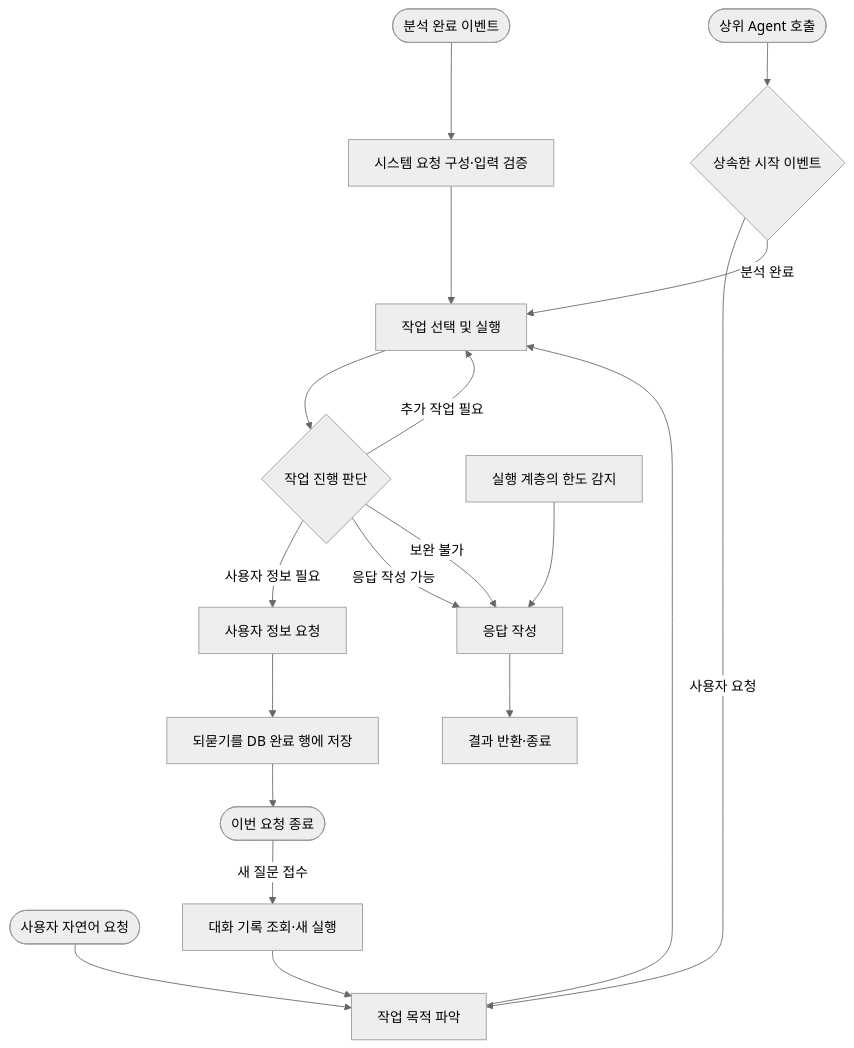
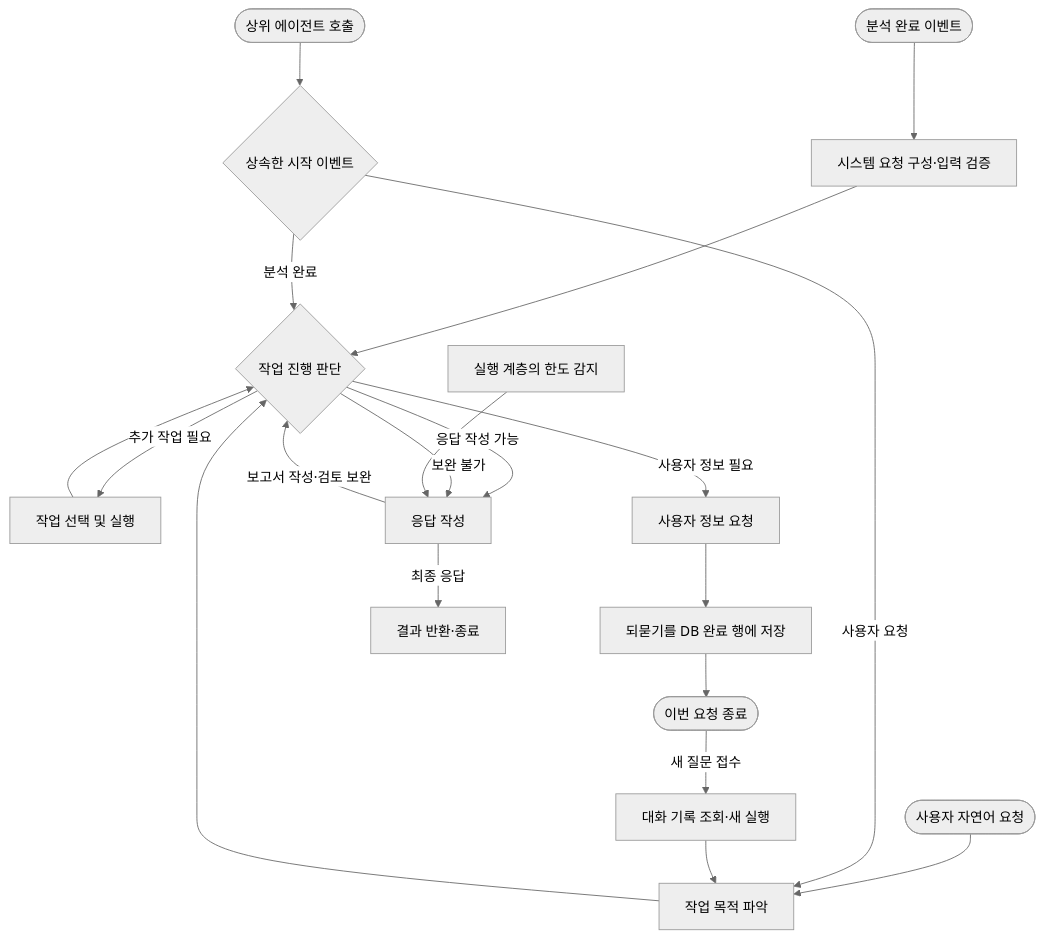
One commit to minjun069/Eumi changed the diagram in ai/docs/ieumi-agent-workflow-design.md. Above: the diagram before and after it, drawn with Mermaid (neutral theme). The commit also changed other lines of this file and 1 other file, not shown here.

````diff
--- a/ai/docs/ieumi-agent-workflow-design.md
+++ b/ai/docs/ieumi-agent-workflow-design.md
@@ -21,21 +23,22 @@
 ```mermaid
 flowchart TD
     S1([분석 완료 이벤트]) --> I[시스템 요청 구성·입력 검증]
-    I --> B[작업 선택 및 실행]
+    I --> C{작업 진행 판단}
     S2([사용자 자연어 요청]) --> A[작업 목적 파악]
-    S3([상위 Agent 호출]) --> E0{상속한 시작 이벤트}
+    S3([상위 에이전트 호출]) --> E0{상속한 시작 이벤트}
     E0 -->|사용자 요청| A
-    E0 -->|분석 완료| B
-    A --> B
-    B --> C{작업 진행 판단}
+    E0 -->|분석 완료| C
+    A --> C
+    B[작업 선택 및 실행] --> C
     C -->|추가 작업 필요| B
     C -->|사용자 정보 필요| D[사용자 정보 요청]
     D --> E[되묻기를 DB 완료 행에 저장]
     E --> W([이번 요청 종료])
     W -->|새 질문 접수| R[대화 기록 조회·새 실행]
     R --> A
     C -->|응답 작성 가능| F[응답 작성]
     C -->|보완 불가| F
     L[실행 계층의 한도 감지] --> F
-    F --> G[결과 반환·종료]
+    F -->|보고서 작성·검토 보완| C
+    F -->|최종 응답| G[결과 반환·종료]
 ```
````
